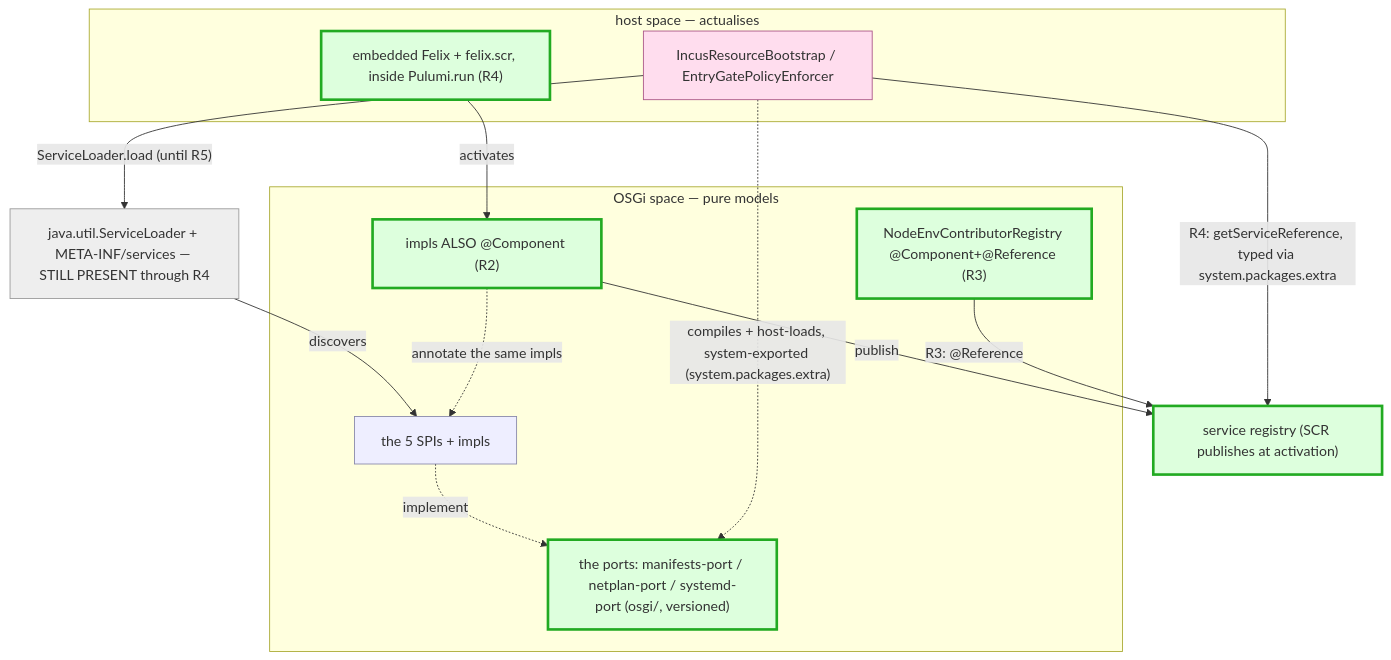
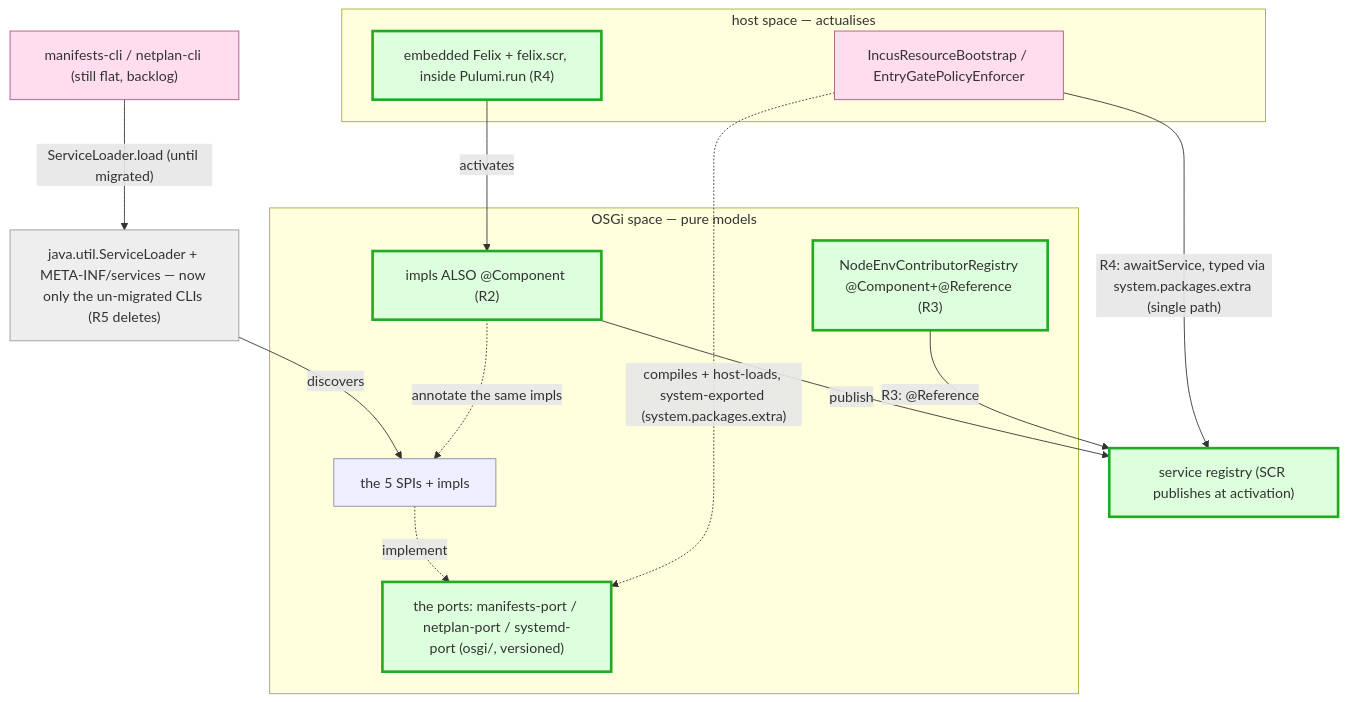
The tenth of 10 diagrams in docs/architecture/integration-atlas.adoc (nxmatic/rke2lab), drawn with Mermaid before and after one commit. The commit also changed other lines of this file and 78 other files, not shown here.

```diff
--- a/docs/architecture/integration-atlas.adoc
+++ b/docs/architecture/integration-atlas.adoc
@@ -643,33 +683,34 @@
 [mermaid]
 ....
 flowchart TB
   subgraph OSGI["OSGi space — pure models"]
     bapi["the ports: manifests-port / netplan-port / systemd-port (osgi/, versioned)"]:::neu
     spi["the 5 SPIs + impls"]:::osgi
     comp["impls ALSO @Component (R2)"]:::neu
     reg2["NodeEnvContributorRegistry @Component+@Reference (R3)"]:::neu
   end
   subgraph HOST["host space — actualises"]
     seam0["IncusResourceBootstrap / EntryGatePolicyEnforcer"]:::host
     fx["embedded Felix + felix.scr, inside Pulumi.run (R4)"]:::neu
   end
-  sl["java.util.ServiceLoader + META-INF/services — STILL PRESENT through R4"]:::found
+  sl["java.util.ServiceLoader + META-INF/services — now only the un-migrated CLIs (R5 deletes)"]:::found
+  cli["manifests-cli / netplan-cli (still flat, backlog)"]:::host
   reg["service registry (SCR publishes at activation)"]:::neu
-  seam0 -->|"ServiceLoader.load (until R5)"| sl
+  cli -->|"ServiceLoader.load (until migrated)"| sl
   sl -->|discovers| spi
   comp -.->|annotate the same impls| spi
   fx -->|activates| comp
   comp -->|publish| reg
-  seam0 -->|"R4: getServiceReference, typed via system.packages.extra"| reg
+  seam0 -->|"R4: awaitService, typed via system.packages.extra (single path)"| reg
   reg2 -->|"R3: @Reference"| reg
   spi -.->|implement| bapi
   seam0 -.->|"compiles + host-loads, system-exported (system.packages.extra)"| bapi
   classDef osgi fill:#eef,stroke:#88a,stroke-width:1px;
   classDef host fill:#fde,stroke:#a58,stroke-width:1px;
   classDef found fill:#eee,stroke:#999,stroke-width:1px;
   classDef neu fill:#dfd,stroke:#2a2,stroke-width:3px;
   class spi osgi;
-  class seam0 host;
+  class seam0,cli host;
   class sl found;
   class comp,reg2,reg,fx,bapi neu;
 ....
```
